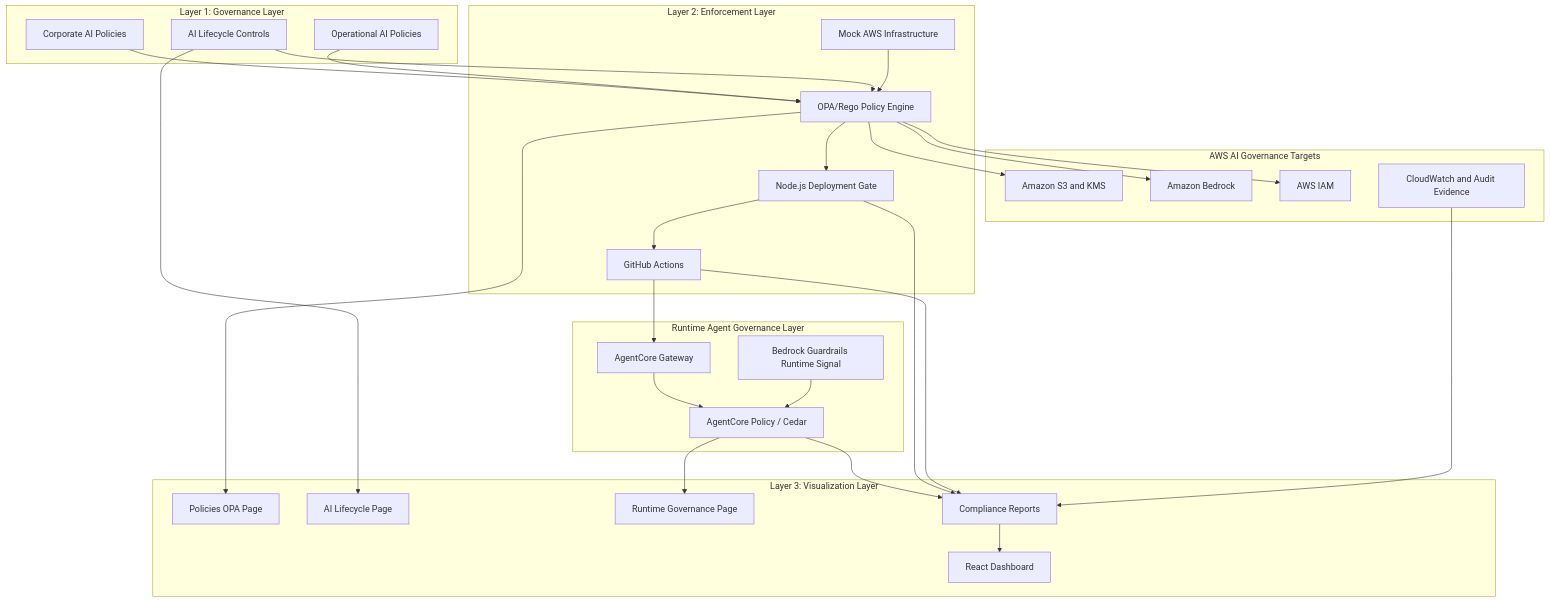
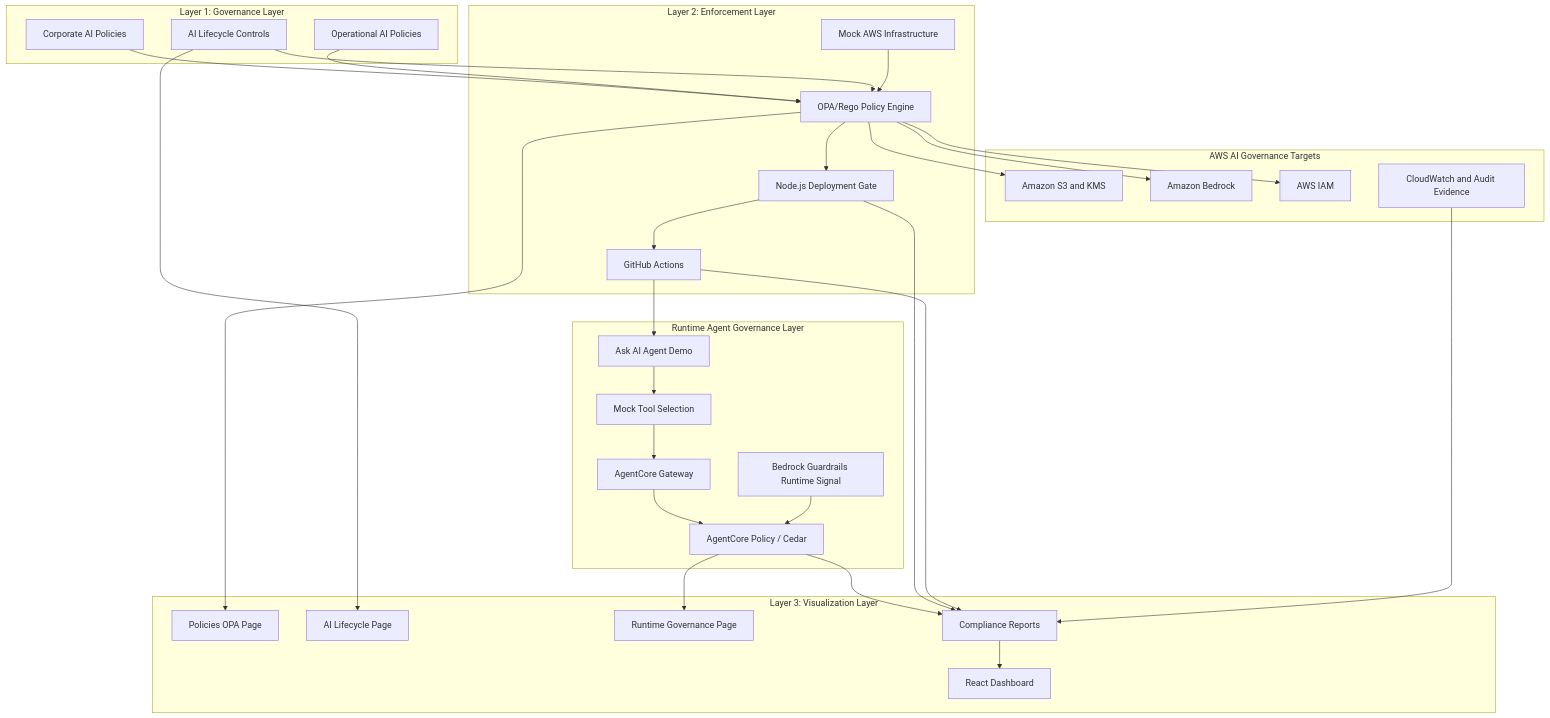
Before and after one commit to maha-sachin/aws-iso42001-governance-framework: the first of 6 diagrams in docs/architecture-diagram.md, drawn with Mermaid. The commit also changed other lines of this file and 2 other files, not shown here.

Commit message:
feat: add runtime agent governance examples and update architecture documentation

````diff
--- a/docs/architecture-diagram.md
+++ b/docs/architecture-diagram.md
@@ -7,57 +7,61 @@
 ```mermaid
 flowchart TB
   subgraph L1["Layer 1: Governance Layer"]
     CP["Corporate AI Policies"]
     OP["Operational AI Policies"]
     LC["AI Lifecycle Controls"]
   end
 
   subgraph L2["Layer 2: Enforcement Layer"]
     INPUT["Mock AWS Infrastructure"]
     OPA["OPA/Rego Policy Engine"]
     GATE["Node.js Deployment Gate"]
     CICD["GitHub Actions"]
   end
 
   subgraph RT["Runtime Agent Governance Layer"]
+    ASK["Ask AI Agent Demo"]
+    TOOL["Mock Tool Selection"]
     AGW["AgentCore Gateway"]
     CEDAR["AgentCore Policy / Cedar"]
     GR["Bedrock Guardrails Runtime Signal"]
   end
 
   subgraph AWS["AWS AI Governance Targets"]
     S3["Amazon S3 and KMS"]
     BEDROCK["Amazon Bedrock"]
     IAM["AWS IAM"]
     LOGS["CloudWatch and Audit Evidence"]
   end
 
   subgraph L3["Layer 3: Visualization Layer"]
     DASH["React Dashboard"]
     OPAUI["Policies OPA Page"]
     LIFE["AI Lifecycle Page"]
     RUNTIME["Runtime Governance Page"]
     REPORT["Compliance Reports"]
   end
 
   CP --> OPA
   OP --> OPA
   LC --> OPA
   INPUT --> OPA
   OPA --> GATE
   GATE --> CICD
-  CICD --> AGW
+  CICD --> ASK
+  ASK --> TOOL
+  TOOL --> AGW
   AGW --> CEDAR
   GR --> CEDAR
   CEDAR --> REPORT
   OPA --> S3
   OPA --> BEDROCK
   OPA --> IAM
   GATE --> REPORT
   CICD --> REPORT
   REPORT --> DASH
   OPA --> OPAUI
   LC --> LIFE
   CEDAR --> RUNTIME
   LOGS --> REPORT
 ```
````
